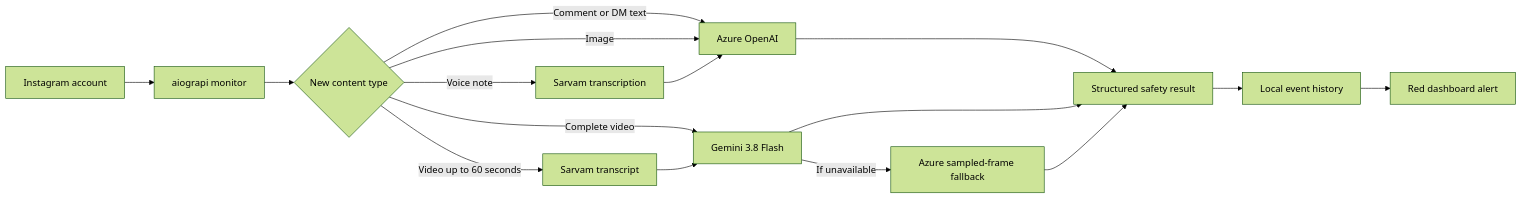
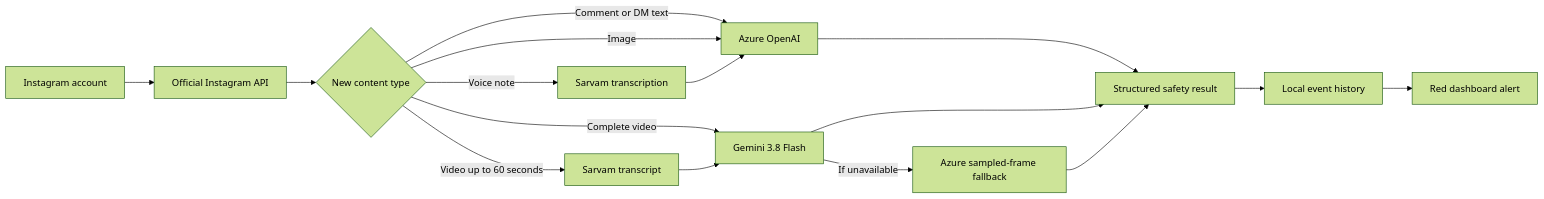
The diagram in README.md (beyondmarks-ai/Cyberbullying), drawn with Mermaid (forest theme) before and after one commit. The commit also changed other lines of this file and 9 other files, not shown here.

Commit message:
Use official Instagram OAuth and add reliable comment monitoring

````diff
--- a/README.md
+++ b/README.md
@@ -29,18 +27,18 @@
 ```mermaid
 flowchart LR
-    A[Instagram account] --> B[aiograpi monitor]
+    A[Instagram account] --> B[Official Instagram API]
     B --> C{New content type}
     C -->|Comment or DM text| D[Azure OpenAI]
     C -->|Image| D
     C -->|Voice note| E[Sarvam transcription]
     E --> D
     C -->|Video up to 60 seconds| F[Sarvam transcript]
     C -->|Complete video| G[Gemini 3.8 Flash]
     F --> G
     G -->|If unavailable| H[Azure sampled-frame fallback]
     D --> I[Structured safety result]
     G --> I
     H --> I
     I --> J[Local event history]
     J --> K[Red dashboard alert]
 ```
````
